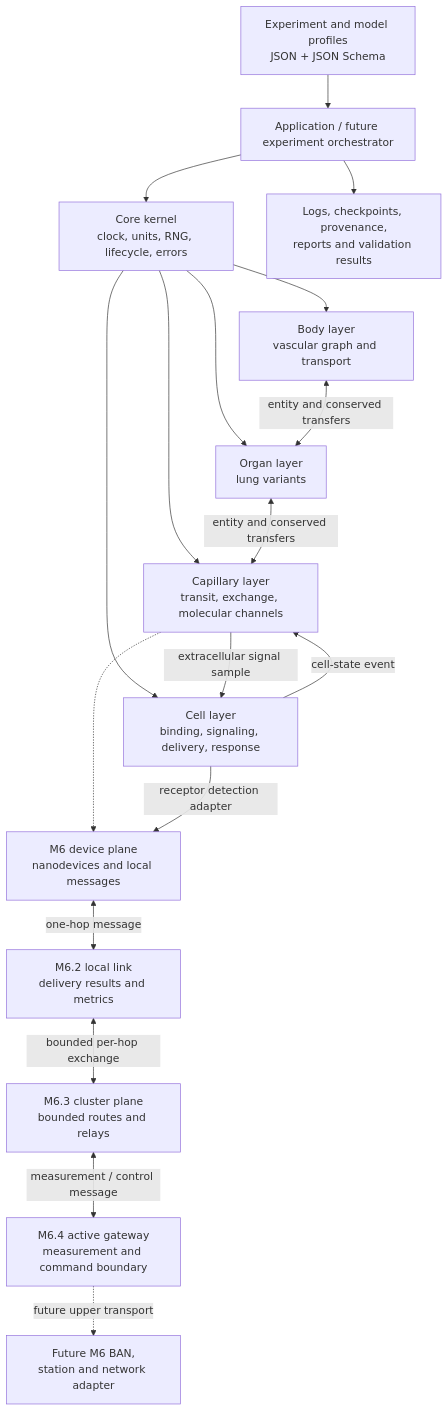
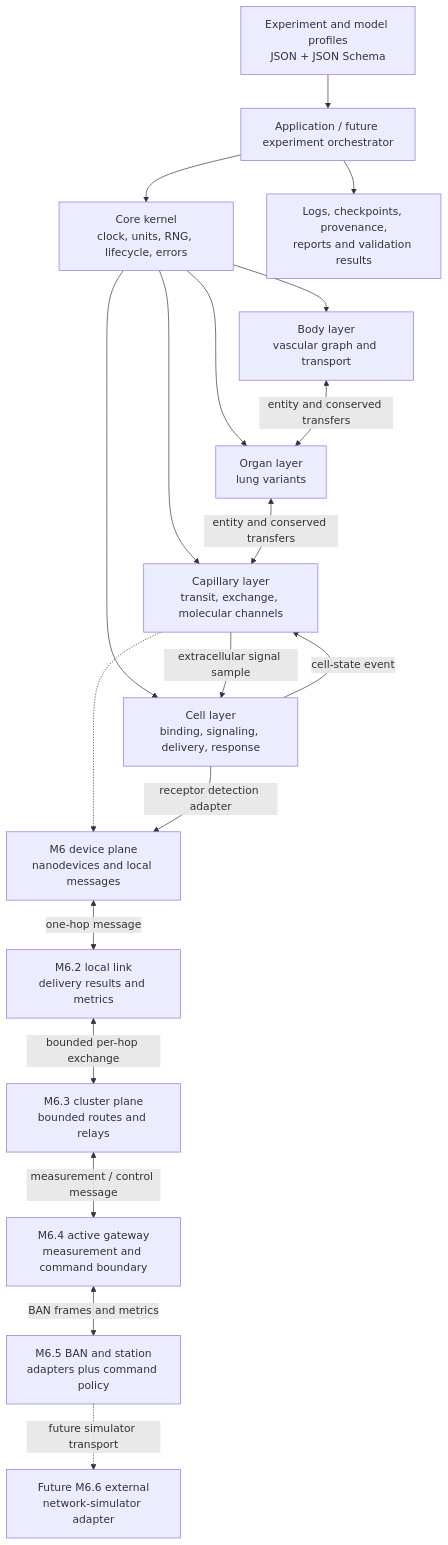
Before and after one commit to RegineWendt/MEHLISSA: the first of 2 diagrams in docs/architecture/SOFTWARE_ARCHITECTURE.md, drawn with Mermaid. The commit also changed other lines of this file and 19 other files, not shown here.

Commit message:
Add M6.5 BAN and governed station loop

````diff
--- a/docs/architecture/SOFTWARE_ARCHITECTURE.md
+++ b/docs/architecture/SOFTWARE_ARCHITECTURE.md
@@ -35,34 +35,36 @@
 ```mermaid
 flowchart TB
     Manifest[Experiment and model profiles<br/>JSON + JSON Schema]
     Runner[Application / future experiment orchestrator]
     Kernel[Core kernel<br/>clock, units, RNG, lifecycle, errors]
     Body[Body layer<br/>vascular graph and transport]
     Organ[Organ layer<br/>lung variants]
     Capillary[Capillary layer<br/>transit, exchange, molecular channels]
     Cell[Cell layer<br/>binding, signaling, delivery, response]
     IoT[M6 device plane<br/>nanodevices and local messages]
     LocalLink[M6.2 local link<br/>delivery results and metrics]
     Cluster[M6.3 cluster plane<br/>bounded routes and relays]
     Gateway[M6.4 active gateway<br/>measurement and command boundary]
-    External[Future M6 BAN,<br/>station and network adapter]
+    External[M6.5 BAN and station<br/>adapters plus command policy]
+    NetworkSim[Future M6.6 external<br/>network-simulator adapter]
     Evidence[Logs, checkpoints, provenance,<br/>reports and validation results]
 
     Manifest --> Runner
     Runner --> Kernel
     Kernel --> Body
     Kernel --> Organ
     Kernel --> Capillary
     Kernel --> Cell
     Body <-->|entity and conserved transfers| Organ
     Organ <-->|entity and conserved transfers| Capillary
     Capillary -->|extracellular signal sample| Cell
     Cell -->|cell-state event| Capillary
     Capillary -.-> IoT
     Cell -->|receptor detection adapter| IoT
     IoT <-->|one-hop message| LocalLink
     LocalLink <-->|bounded per-hop exchange| Cluster
     Cluster <-->|measurement / control message| Gateway
-    Gateway -.->|future upper transport| External
+    Gateway <-->|BAN frames and metrics| External
+    External -.->|future simulator transport| NetworkSim
     Runner --> Evidence
 ```
````
